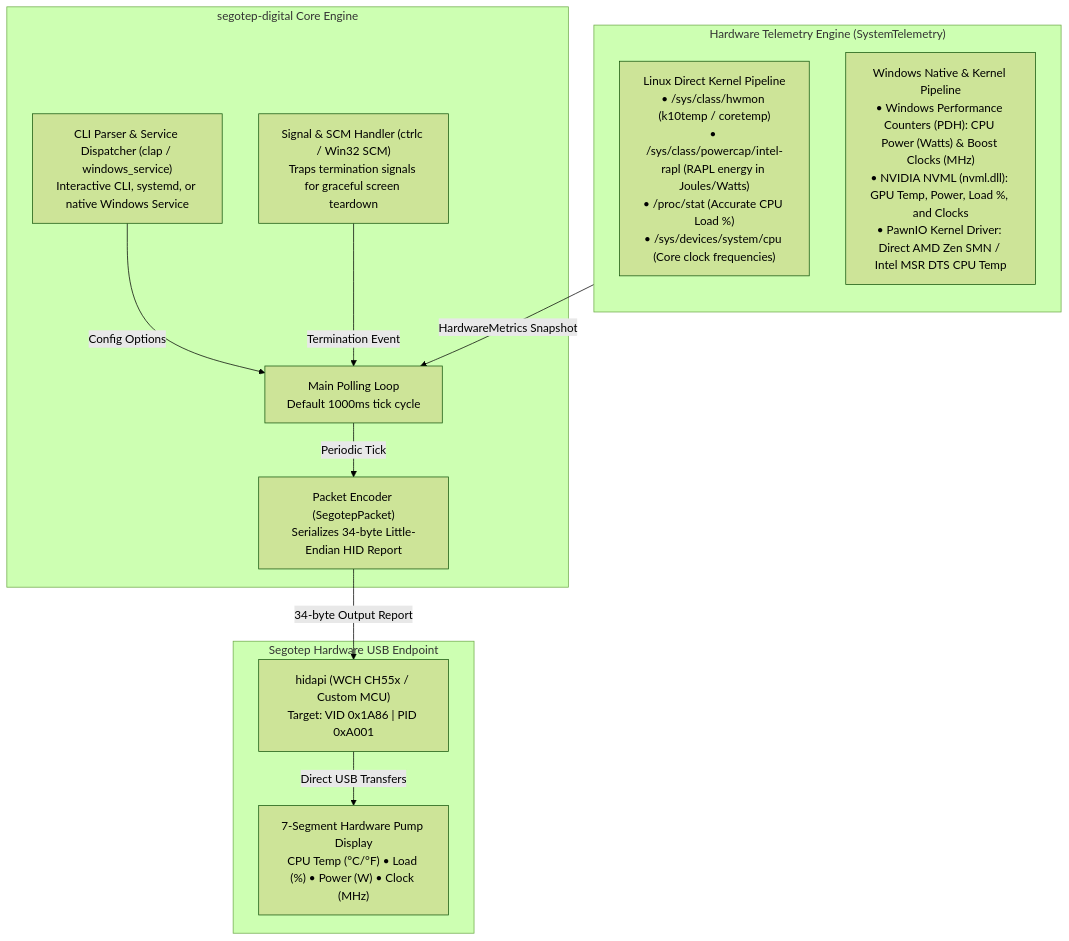
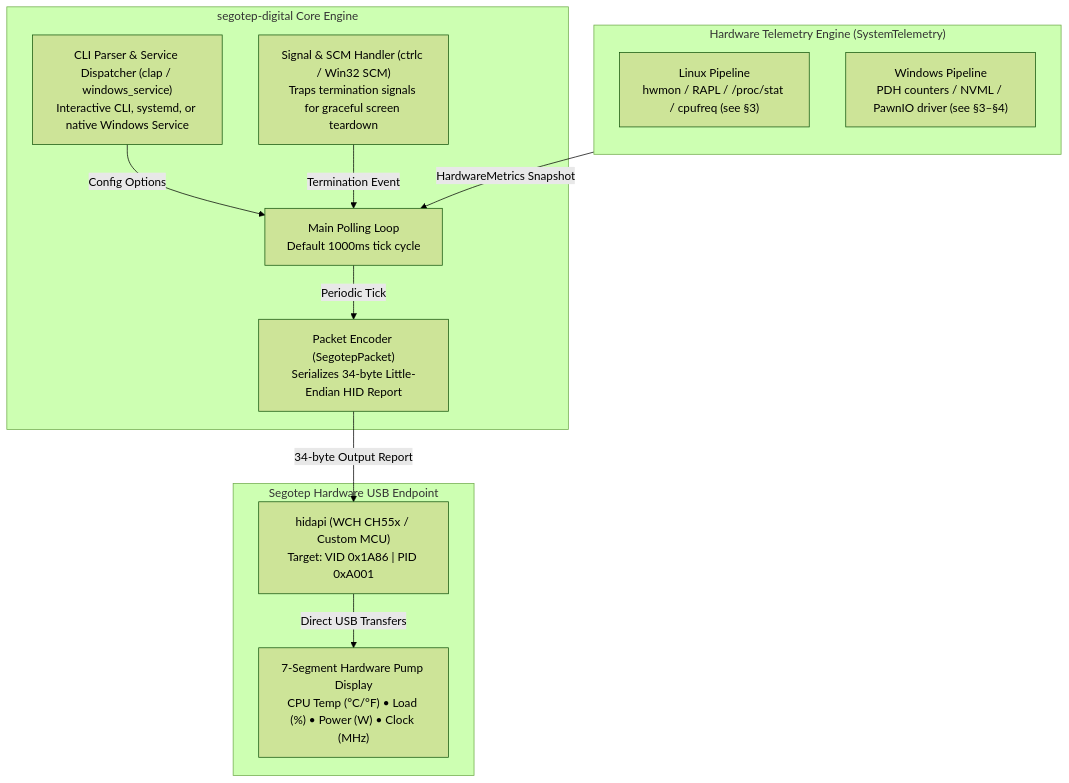
Before and after one commit to Delnegend/segotep-digital: the first of 5 diagrams in docs/architecture.md, drawn with Mermaid (forest theme). The commit also changed other lines of this file and 1 other file, not shown here.

````diff
--- a/docs/architecture.md
+++ b/docs/architecture.md
@@ -11,27 +11,27 @@
 ```mermaid
 flowchart TB
     subgraph CoreDaemon["segotep-digital Core Engine"]
         CLI["CLI Parser & Service Dispatcher (clap / windows_service)<br/>Interactive CLI, systemd, or native Windows Service"]
         SIG["Signal & SCM Handler (ctrlc / Win32 SCM)<br/>Traps termination signals for graceful screen teardown"]
         LOOP["Main Polling Loop<br/>Default 1000ms tick cycle"]
         PACKET["Packet Encoder (SegotepPacket)<br/>Serializes 34-byte Little-Endian HID Report"]
     end
 
     subgraph TelemetrySubsystem["Hardware Telemetry Engine (SystemTelemetry)"]
         direction TB
-        LINUX_SRC["Linux Direct Kernel Pipeline<br/>• /sys/class/hwmon (k10temp / coretemp)<br/>• /sys/class/powercap/intel-rapl (RAPL energy in Joules/Watts)<br/>• /proc/stat (Accurate CPU Load %)<br/>• /sys/devices/system/cpu (Core clock frequencies)"]
-        WIN_SRC["Windows Native & Kernel Pipeline<br/>• Windows Performance Counters (PDH): CPU Power (Watts) & Boost Clocks (MHz)<br/>• NVIDIA NVML (nvml.dll): GPU Temp, Power, Load %, and Clocks<br/>• PawnIO Kernel Driver: Direct AMD Zen SMN / Intel MSR DTS CPU Temp"]
+        LINUX_SRC["Linux Pipeline<br/>hwmon / RAPL / /proc/stat / cpufreq (see §3)"]
+        WIN_SRC["Windows Pipeline<br/>PDH counters / NVML / PawnIO driver (see §3–§4)"]
     end
 
     subgraph HardwareLayer["Segotep Hardware USB Endpoint"]
         HID_API["hidapi (WCH CH55x / Custom MCU)<br/>Target: VID 0x1A86 | PID 0xA001"]
         SCREEN["7-Segment Hardware Pump Display<br/>CPU Temp (°C/°F) • Load (%) • Power (W) • Clock (MHz)"]
     end
 
     CLI -->|Config Options| LOOP
     SIG -->|Termination Event| LOOP
     TelemetrySubsystem -->|HardwareMetrics Snapshot| LOOP
     LOOP -->|Periodic Tick| PACKET
     PACKET -->|34-byte Output Report| HID_API
     HID_API -->|Direct USB Transfers| SCREEN
 ```
````
